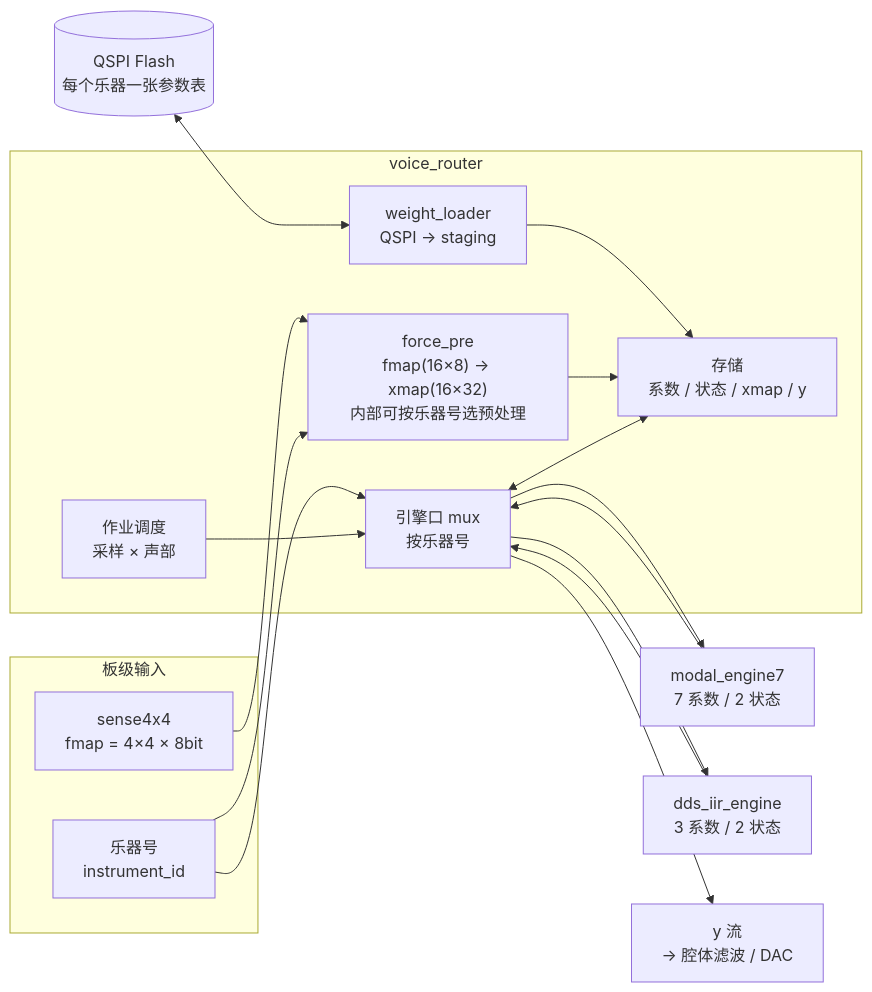
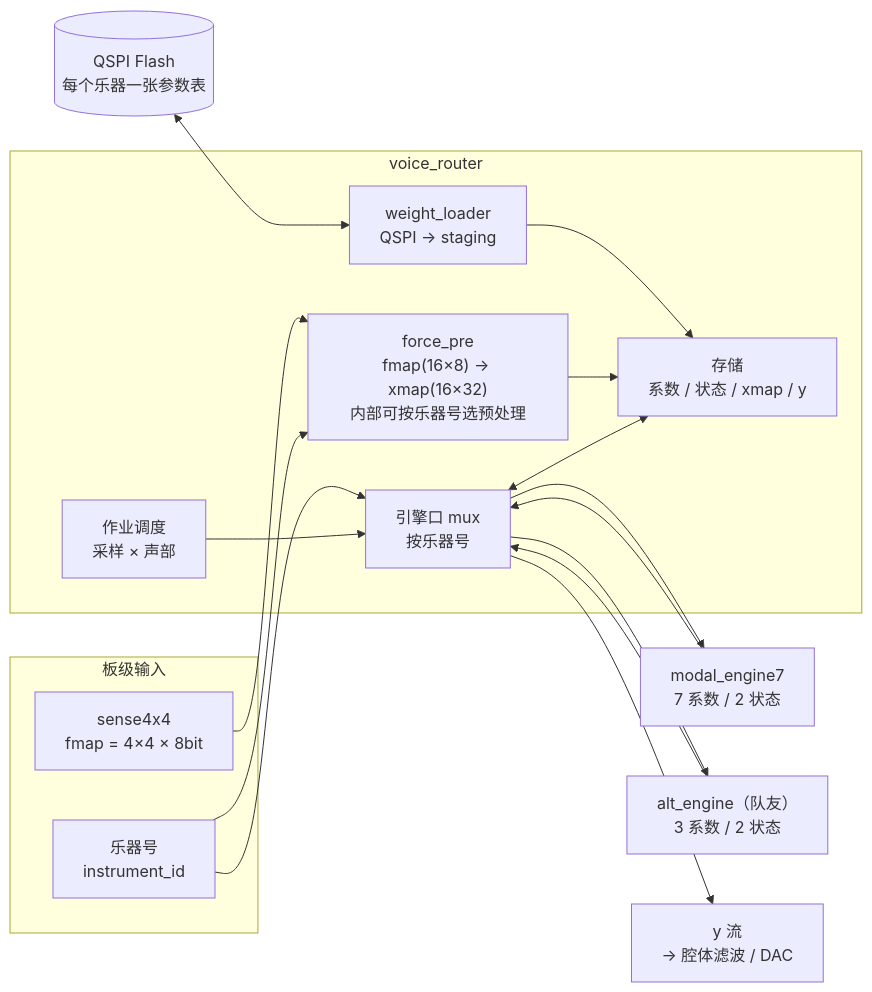
Before and after one commit to rubbishbro/FPGA_IDC_2026: the first of 2 diagrams in rtl/simsynth/ROUTER.md, drawn with Mermaid. The commit also changed other lines of this file, not shown here.

First line of the commit message:
rtl/simsynth: ROUTER.md 更新（无 DDS、表尺寸定稿、y 位宽分析）

````diff
--- a/rtl/simsynth/ROUTER.md
+++ b/rtl/simsynth/ROUTER.md
@@ -9,34 +9,34 @@
 ```mermaid
 flowchart LR
     subgraph board[板级输入]
         PAD["sense4x4<br/>fmap = 4×4 × 8bit"]
         ID["乐器号<br/>instrument_id"]
     end
 
     subgraph rt[voice_router]
         FP["force_pre<br/>fmap(16×8) → xmap(16×32)<br/>内部可按乐器号选预处理"]
         ARB["作业调度<br/>采样 × 声部"]
         MEM["存储<br/>系数 / 状态 / xmap / y"]
         MUX["引擎口 mux<br/>按乐器号"]
         WL["weight_loader<br/>QSPI → staging"]
     end
 
     FLASH[("QSPI Flash<br/>每个乐器一张参数表")]
     EA["modal_engine7<br/>7 系数 / 2 状态"]
-    EB["dds_iir_engine<br/>3 系数 / 2 状态"]
+    EB["alt_engine（队友）<br/>3 系数 / 2 状态"]
     OUT["y 流<br/>→ 腔体滤波 / DAC"]
 
     PAD --> FP
     ID --> FP
     ID --> MUX
     FLASH <--> WL
     WL --> MEM
     FP --> MEM
     ARB --> MUX
     MUX <--> MEM
     MUX --> EA
     MUX --> EB
     EA --> MUX
     EB --> MUX
     MUX --> OUT
 ```
````
